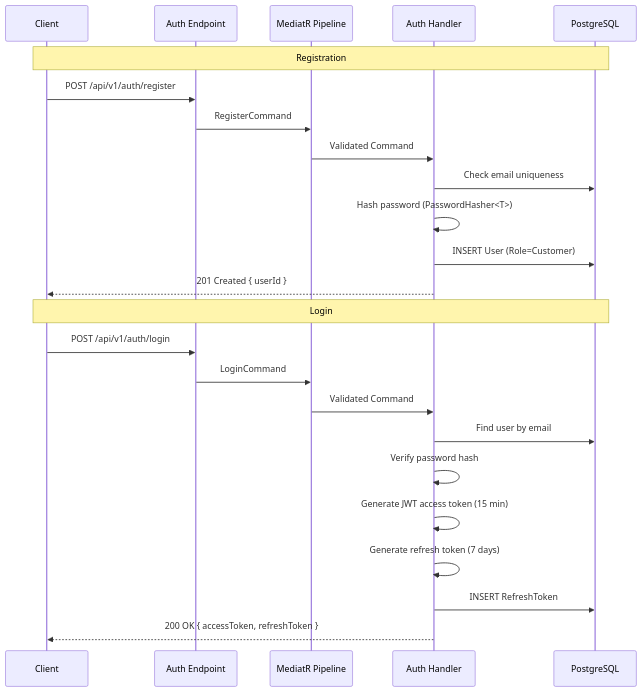
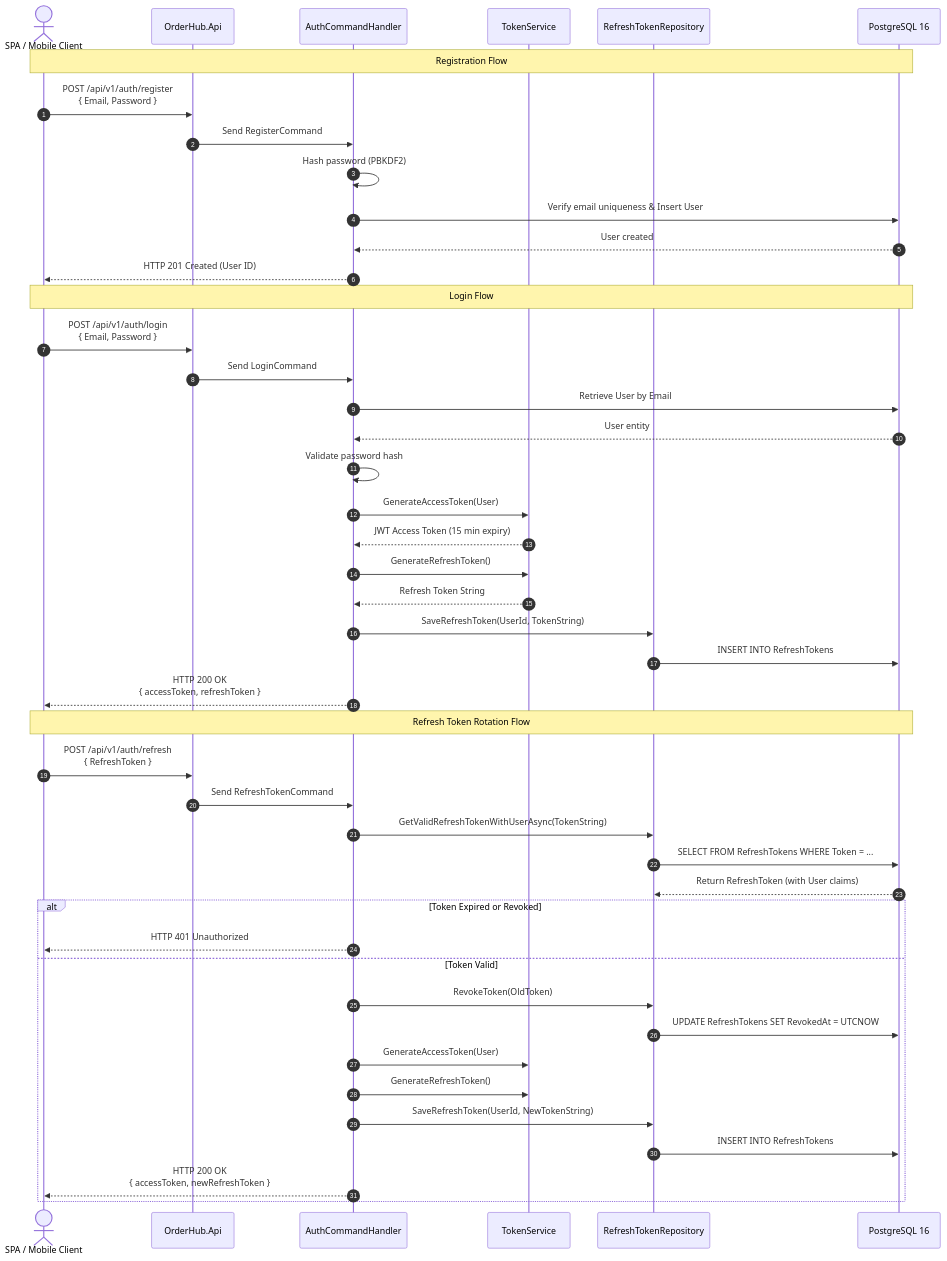
One commit to datngw/OrderHub changed the second of 4 diagrams in docs/docusaurus/docs/architecture/06-runtime-view.md. Above: the diagram before and after it, drawn with Mermaid. The commit also changed other lines of this file and 28 other files, not shown here.

Commit message:
docs: Rewrite arc42 architecture docs and consolidate ADRs

````diff
--- a/docs/docusaurus/docs/architecture/06-runtime-view.md
+++ b/docs/docusaurus/docs/architecture/06-runtime-view.md
@@ -63,28 +82,51 @@
 ```mermaid
 sequenceDiagram
-    participant C as Client
-    participant E as Auth Endpoint
-    participant PL as MediatR Pipeline
-    participant H as Auth Handler
-    participant DB as PostgreSQL
+    autonumber
+    actor Client as SPA / Mobile Client
+    participant API as OrderHub.Api
+    participant Handler as AuthCommandHandler
+    participant TokenSvc as TokenService
+    participant Repo as RefreshTokenRepository
+    participant DB as PostgreSQL 16
 
-    Note over C,DB: Registration
-    C->>E: POST /api/v1/auth/register
-    E->>PL: RegisterCommand
-    PL->>H: Validated Command
-    H->>DB: Check email uniqueness
-    H->>H: Hash password (PasswordHasher<T>)
-    H->>DB: INSERT User (Role=Customer)
-    H-->>C: 201 Created { userId }
+    Note over Client,DB: Registration Flow
+    Client->>API: POST /api/v1/auth/register<br/>{ Email, Password }
+    API->>Handler: Send RegisterCommand
+    Handler->>Handler: Hash password (PBKDF2)
+    Handler->>DB: Verify email uniqueness & Insert User
+    DB-->>Handler: User created
+    Handler-->>Client: HTTP 201 Created (User ID)
 
-    Note over C,DB: Login
-    C->>E: POST /api/v1/auth/login
-    E->>PL: LoginCommand
-    PL->>H: Validated Command
-    H->>DB: Find user by email
-    H->>H: Verify password hash
-    H->>H: Generate JWT access token (15 min)
-    H->>H: Generate refresh token (7 days)
-    H->>DB: INSERT RefreshToken
-    H-->>C: 200 OK { accessToken, refreshToken }
+    Note over Client,DB: Login Flow
+    Client->>API: POST /api/v1/auth/login<br/>{ Email, Password }
+    API->>Handler: Send LoginCommand
+    Handler->>DB: Retrieve User by Email
+    DB-->>Handler: User entity
+    Handler->>Handler: Validate password hash
+    Handler->>TokenSvc: GenerateAccessToken(User)
+    TokenSvc-->>Handler: JWT Access Token (15 min expiry)
+    Handler->>TokenSvc: GenerateRefreshToken()
+    TokenSvc-->>Handler: Refresh Token String
+    Handler->>Repo: SaveRefreshToken(UserId, TokenString)
+    Repo->>DB: INSERT INTO RefreshTokens
+    Handler-->>Client: HTTP 200 OK<br/>{ accessToken, refreshToken }
+
+    Note over Client,DB: Refresh Token Rotation Flow
+    Client->>API: POST /api/v1/auth/refresh<br/>{ RefreshToken }
+    API->>Handler: Send RefreshTokenCommand
+    Handler->>Repo: GetValidRefreshTokenWithUserAsync(TokenString)
+    Repo->>DB: SELECT FROM RefreshTokens WHERE Token = ...
+    DB-->>Repo: Return RefreshToken (with User claims)
+    
+    alt Token Expired or Revoked
+        Handler-->>Client: HTTP 401 Unauthorized
+    else Token Valid
+        Handler->>Repo: RevokeToken(OldToken)
+        Repo->>DB: UPDATE RefreshTokens SET RevokedAt = UTCNOW
+        Handler->>TokenSvc: GenerateAccessToken(User)
+        Handler->>TokenSvc: GenerateRefreshToken()
+        Handler->>Repo: SaveRefreshToken(UserId, NewTokenString)
+        Repo->>DB: INSERT INTO RefreshTokens
+        Handler-->>Client: HTTP 200 OK<br/>{ accessToken, newRefreshToken }
+    end
 ```
````
